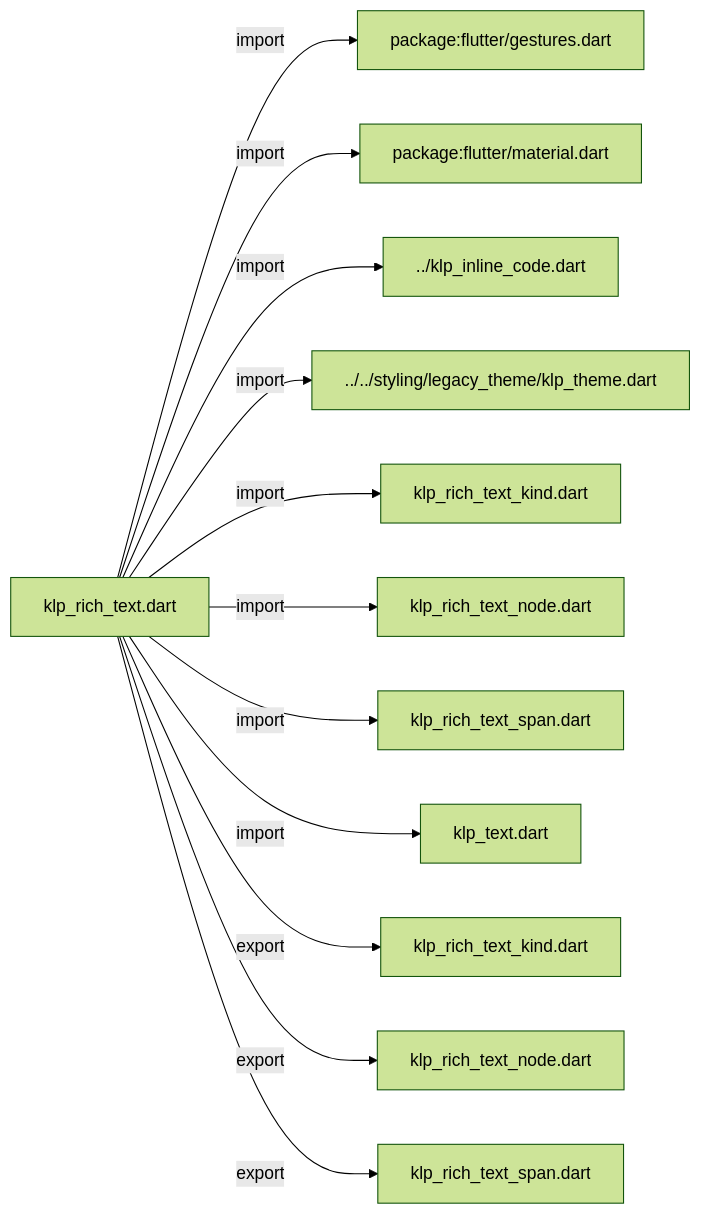
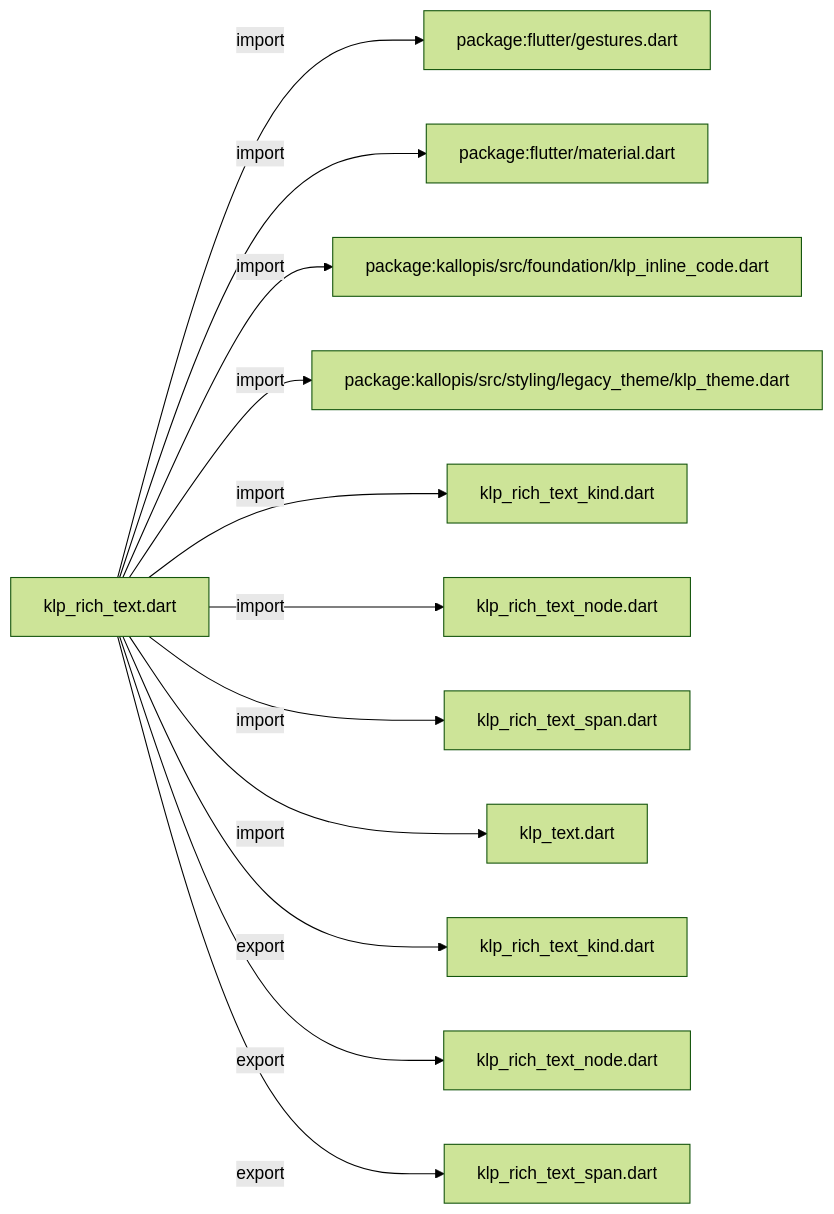
One commit to MiuDog/Kallopis changed the first of 3 diagrams in docs/architecture/src/foundation/content/klp_rich_text.md. Above: the diagram before and after it, drawn with Mermaid (forest theme). The commit also changed other lines of this file and 9688 other files, not shown here.

Commit message:
Prepare isolated Flow F2 peer baseline

````diff
--- a/docs/architecture/src/foundation/content/klp_rich_text.md
+++ b/docs/architecture/src/foundation/content/klp_rich_text.md
@@ -11,26 +11,26 @@
 ```mermaid
 flowchart LR
 	n0["klp_rich_text.dart"]
 	n1["package:flutter/gestures.dart"]
 	n2["package:flutter/material.dart"]
-	n3["../klp_inline_code.dart"]
-	n4["../../styling/legacy_theme/klp_theme.dart"]
+	n3["package:kallopis/src/foundation/klp_inline_code.dart"]
+	n4["package:kallopis/src/styling/legacy_theme/klp_theme.dart"]
 	n5["klp_rich_text_kind.dart"]
 	n6["klp_rich_text_node.dart"]
 	n7["klp_rich_text_span.dart"]
 	n8["klp_text.dart"]
 	n9["klp_rich_text_kind.dart"]
 	n10["klp_rich_text_node.dart"]
 	n11["klp_rich_text_span.dart"]
 	n0 -->|"import"| n1
 	n0 -->|"import"| n2
 	n0 -->|"import"| n3
 	n0 -->|"import"| n4
 	n0 -->|"import"| n5
 	n0 -->|"import"| n6
 	n0 -->|"import"| n7
 	n0 -->|"import"| n8
 	n0 -->|"export"| n9
 	n0 -->|"export"| n10
 	n0 -->|"export"| n11
 ```
````
